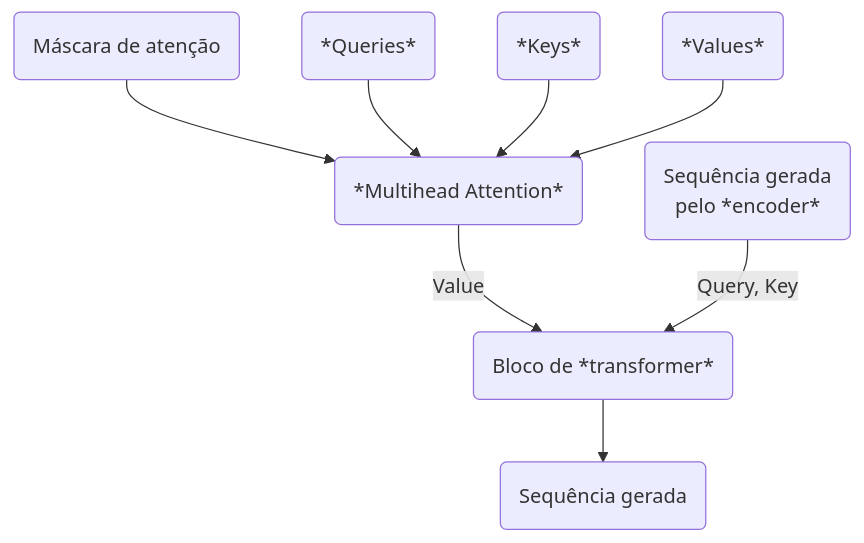
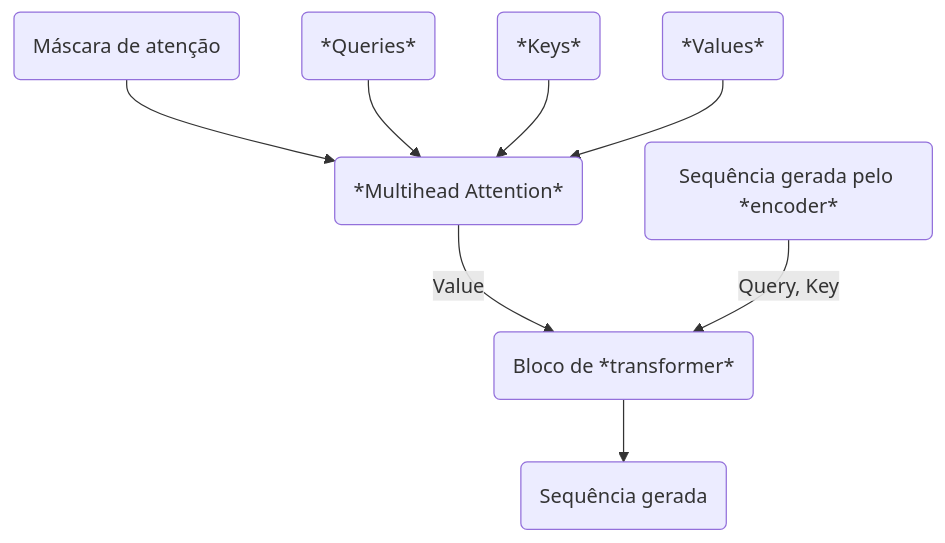
The fifth of 7 diagrams in src/content/posts/transformers.md (eshiraishi/eshiraishi.github.io), drawn with Mermaid before and after one commit. The commit also changed other lines of this file and 3 other files, not shown here.

````diff
--- a/src/content/posts/transformers.md
+++ b/src/content/posts/transformers.md
@@ -940,19 +940,18 @@
 ```mermaid
 flowchart
-    encoderOutput(Sequência gerada
-pelo *encoder*)
+    encoderOutput(Sequência gerada pelo *encoder*)
     Value(*Values*)
     Key(*Keys*)
     Query(*Queries*)
     MHA(*Multihead Attention*)
     DecoderBlock(Bloco de *transformer*)
     decoderBlockOutput(Sequência gerada)
     attentionMask(Máscara de atenção)
     attentionMask --> MHA
     Query --> MHA
     Key --> MHA
     Value --> MHA
     MHA -- Value --> DecoderBlock
     encoderOutput -- Query, Key --> DecoderBlock
     DecoderBlock --> decoderBlockOutput
 ```
````
